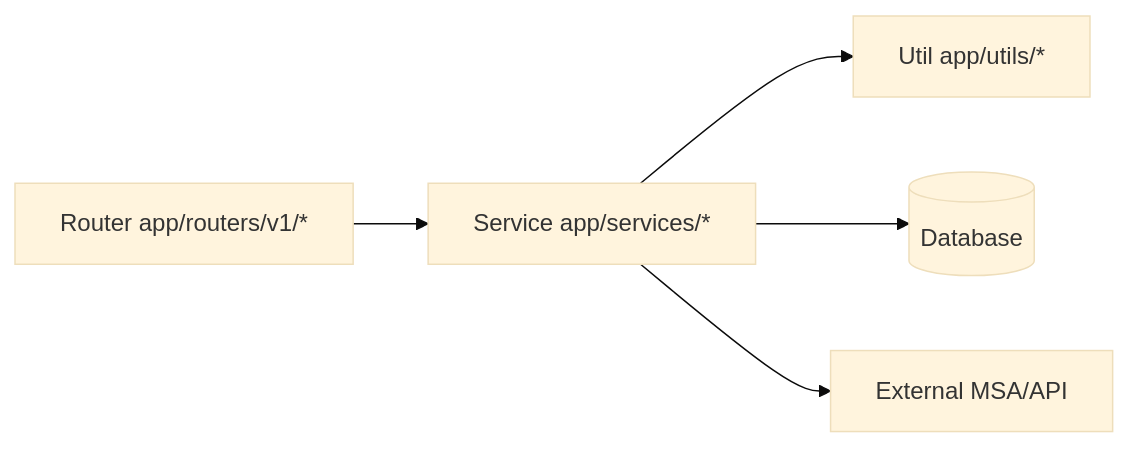
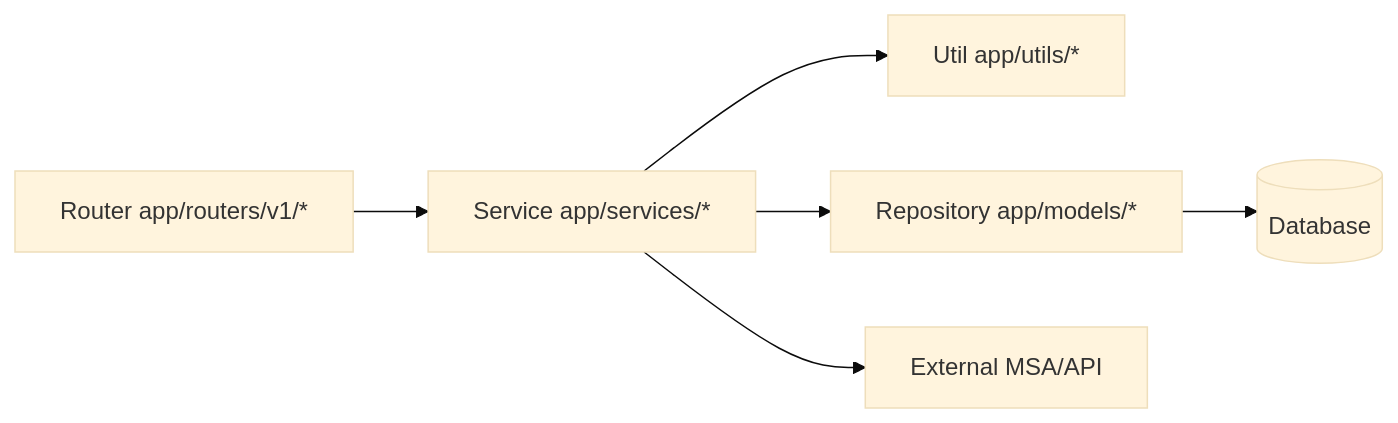
The diagram in notes/ko/backend/README.md (Blueprint4Agent/B4FastAPI), drawn with Mermaid (base theme) before and after one commit. The commit also changed other lines of this file and 16 other files, not shown here.

````diff
--- a/notes/ko/backend/README.md
+++ b/notes/ko/backend/README.md
@@ -26,13 +27,15 @@
 ```mermaid
 flowchart LR
     R[Router app/routers/v1/*]
     S[Service app/services/*]
     U[Util app/utils/*]
+    P[Repository app/models/*]
     D[(Database)]
     X[External MSA/API]
 
     R --> S
     S --> U
-    S --> D
+    S --> P
+    P --> D
     S --> X
 ```
````
